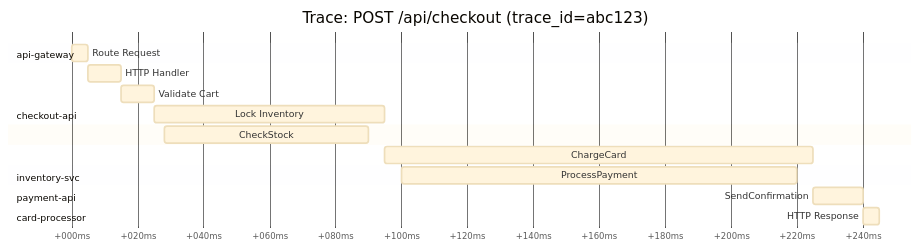
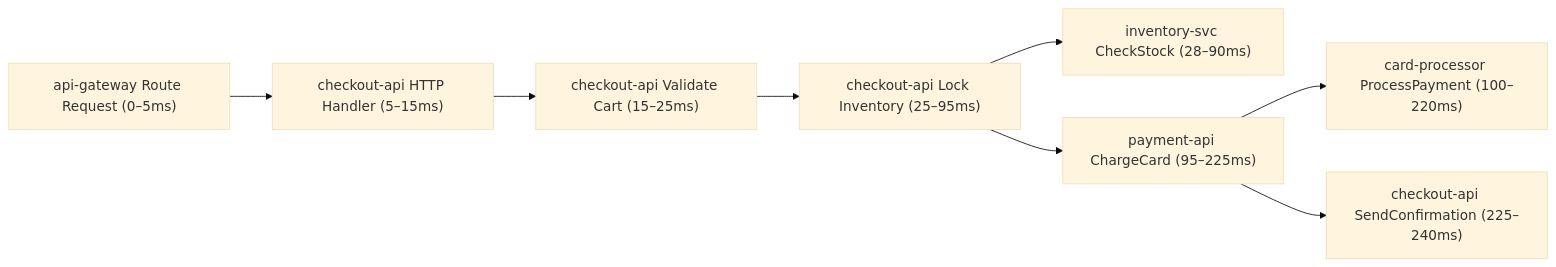
Before and after one commit to xscaler/training: the diagram in docs/session-6/apm.md, drawn with Mermaid (base theme). The commit also changed other lines of this file and 38 other files, not shown here.

First line of the commit message:
Remove internal content, fix Mermaid diagrams, and rewrite labs as customer-facing exercises

````diff
--- a/docs/session-6/apm.md
+++ b/docs/session-6/apm.md
@@ -16,27 +16,15 @@
 ```mermaid
-gantt
-    title Trace: POST /api/checkout (trace_id=abc123)
-    dateFormat  x
-    axisFormat  +%Lms
+graph LR
+    A["api-gateway Route Request (0–5ms)"]
+    B["checkout-api HTTP Handler (5–15ms)"]
+    C["checkout-api Validate Cart (15–25ms)"]
+    D["checkout-api Lock Inventory (25–95ms)"]
+    E["inventory-svc CheckStock (28–90ms)"]
+    F["payment-api ChargeCard (95–225ms)"]
+    G["card-processor ProcessPayment (100–220ms)"]
+    H["checkout-api SendConfirmation (225–240ms)"]
 
-    section api-gateway
-    Route Request      :0, 5
-
-    section checkout-api
-    HTTP Handler       :5, 15
-    Validate Cart      :15, 25
-    Lock Inventory     :25, 95
-
-    section inventory-svc
-    CheckStock         :28, 90
-
-    section payment-api
-    ChargeCard         :95, 225
-
-    section card-processor
-    ProcessPayment     :100, 220
-
-    section checkout-api
-    SendConfirmation   :225, 240
-    HTTP Response      :240, 245
+    A --> B --> C --> D --> E
+    D --> F --> G
+    F --> H
 ```
````
